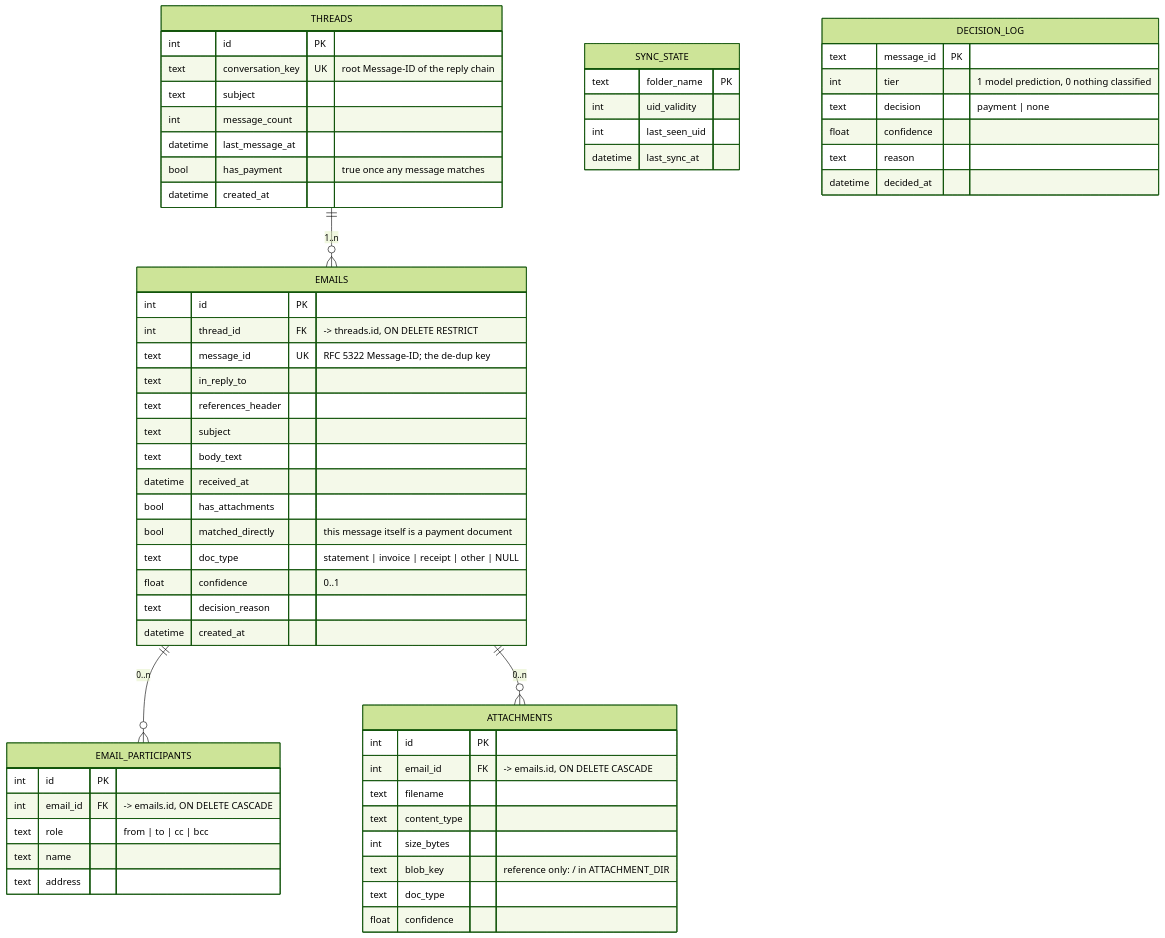
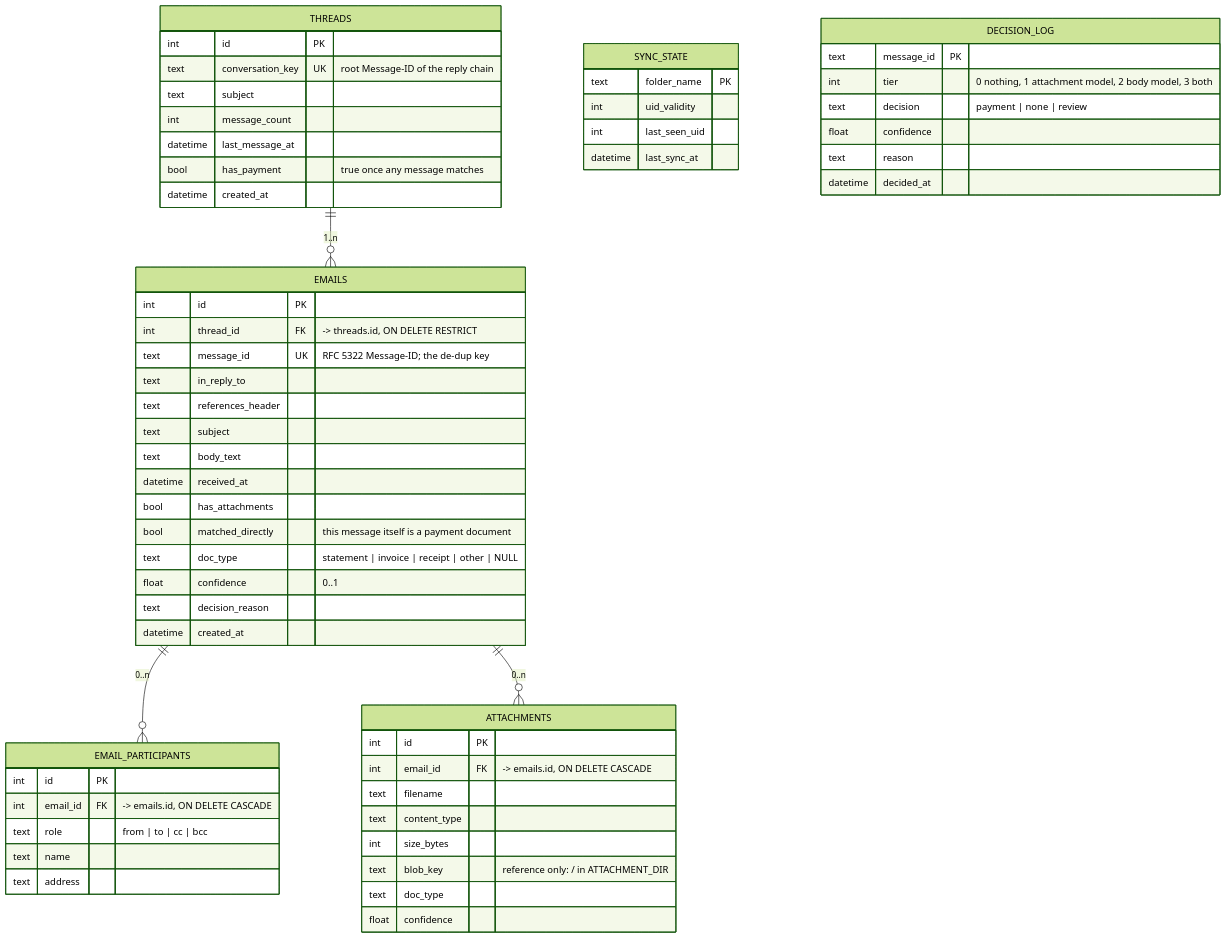
The diagram in backend/SCHEMA.md (pawand2611/demo_email_fetcher), drawn with Mermaid (forest theme) before and after one commit. The commit also changed other lines of this file and 32 other files, not shown here.

````diff
--- a/backend/SCHEMA.md
+++ b/backend/SCHEMA.md
@@ -14,63 +14,63 @@
 ```mermaid
 erDiagram
     THREADS ||--o{ EMAILS : "1..n"
     EMAILS ||--o{ EMAIL_PARTICIPANTS : "0..n"
     EMAILS ||--o{ ATTACHMENTS : "0..n"
 
     THREADS {
         int      id               PK
         text     conversation_key UK "root Message-ID of the reply chain"
         text     subject
         int      message_count
         datetime last_message_at
         bool     has_payment      "true once any message matches"
         datetime created_at
     }
     EMAILS {
         int      id                PK
         int      thread_id         FK "-> threads.id, ON DELETE RESTRICT"
         text     message_id        UK "RFC 5322 Message-ID; the de-dup key"
         text     in_reply_to
         text     references_header
         text     subject
         text     body_text
         datetime received_at
         bool     has_attachments
         bool     matched_directly  "this message itself is a payment document"
         text     doc_type          "statement | invoice | receipt | other | NULL"
         float    confidence        "0..1"
         text     decision_reason
         datetime created_at
     }
     EMAIL_PARTICIPANTS {
         int  id       PK
         int  email_id FK "-> emails.id, ON DELETE CASCADE"
         text role     "from | to | cc | bcc"
         text name
         text address
     }
     ATTACHMENTS {
         int   id           PK
         int   email_id     FK "-> emails.id, ON DELETE CASCADE"
         text  filename
         text  content_type
         int   size_bytes
         text  blob_key     "reference only: <sha256>/<filename> in ATTACHMENT_DIR"
         text  doc_type
         float confidence
     }
     SYNC_STATE {
         text     folder_name   PK
         int      uid_validity
         int      last_seen_uid
         datetime last_sync_at
     }
     DECISION_LOG {
         text     message_id PK
-        int      tier       "1 model prediction, 0 nothing classified"
-        text     decision   "payment | none"
+        int      tier       "0 nothing, 1 attachment model, 2 body model, 3 both"
+        text     decision   "payment | none | review"
         float    confidence
         text     reason
         datetime decided_at
     }
 ```
````
